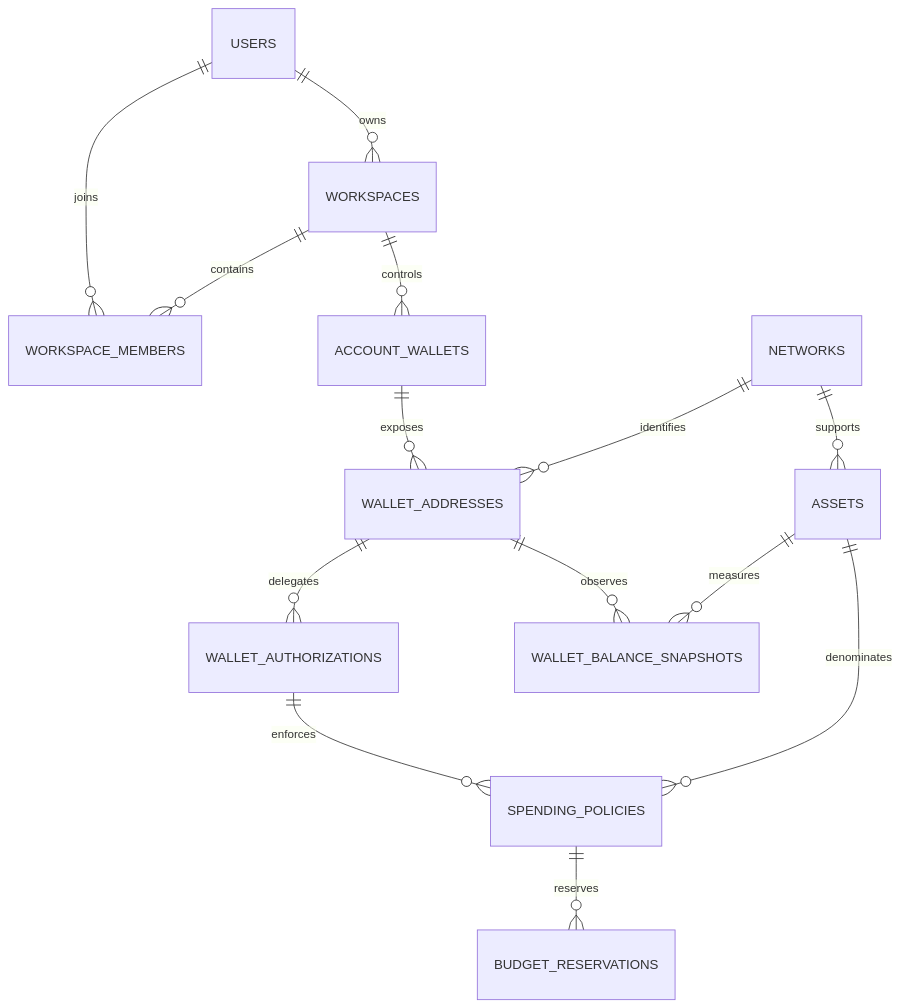
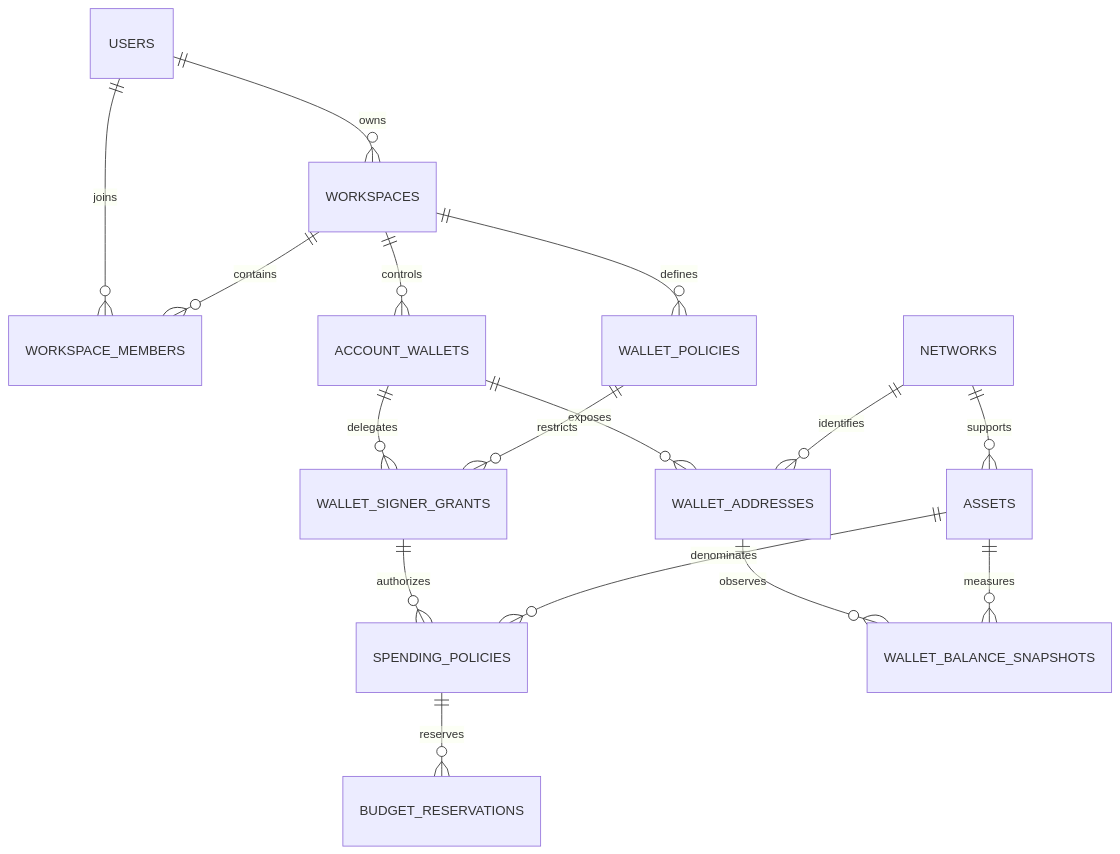
The first of 3 diagrams in data-model.md (MrGood4U/sprue_hackathon), drawn with Mermaid before and after one commit. The commit also changed other lines of this file and 5 other files, not shown here.

````diff
--- a/data-model.md
+++ b/data-model.md
@@ -94,16 +96,18 @@
 ```mermaid
 erDiagram
     USERS ||--o{ WORKSPACES : owns
     USERS ||--o{ WORKSPACE_MEMBERS : joins
     WORKSPACES ||--o{ WORKSPACE_MEMBERS : contains
     WORKSPACES ||--o{ ACCOUNT_WALLETS : controls
     ACCOUNT_WALLETS ||--o{ WALLET_ADDRESSES : exposes
+    WORKSPACES ||--o{ WALLET_POLICIES : defines
+    ACCOUNT_WALLETS ||--o{ WALLET_SIGNER_GRANTS : delegates
+    WALLET_POLICIES ||--o{ WALLET_SIGNER_GRANTS : restricts
     NETWORKS ||--o{ WALLET_ADDRESSES : identifies
     NETWORKS ||--o{ ASSETS : supports
-    WALLET_ADDRESSES ||--o{ WALLET_AUTHORIZATIONS : delegates
-    WALLET_AUTHORIZATIONS ||--o{ SPENDING_POLICIES : enforces
+    WALLET_SIGNER_GRANTS ||--o{ SPENDING_POLICIES : authorizes
     SPENDING_POLICIES ||--o{ BUDGET_RESERVATIONS : reserves
     WALLET_ADDRESSES ||--o{ WALLET_BALANCE_SNAPSHOTS : observes
     ASSETS ||--o{ SPENDING_POLICIES : denominates
     ASSETS ||--o{ WALLET_BALANCE_SNAPSHOTS : measures
 ```
````
